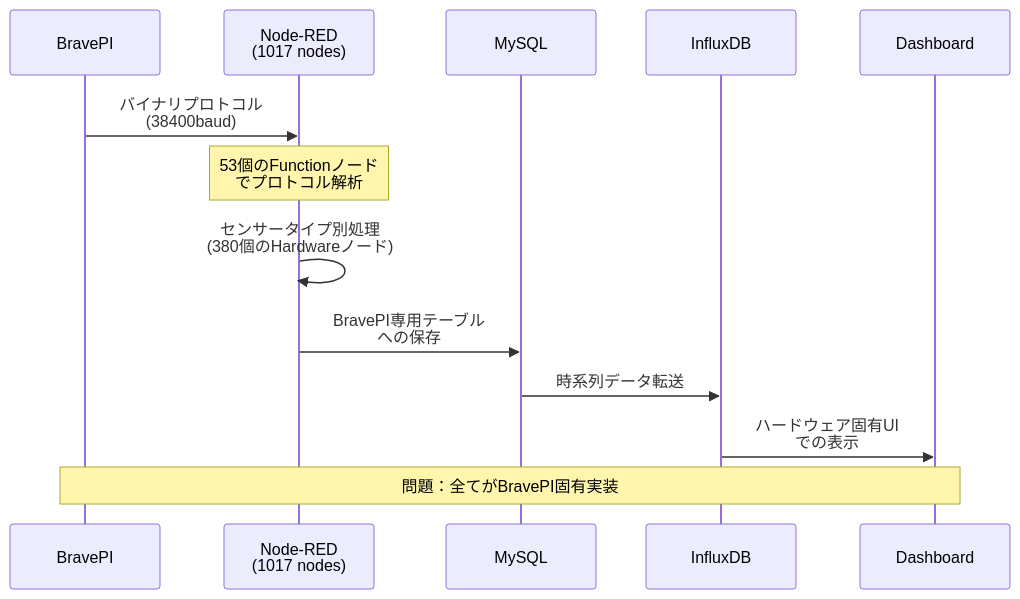
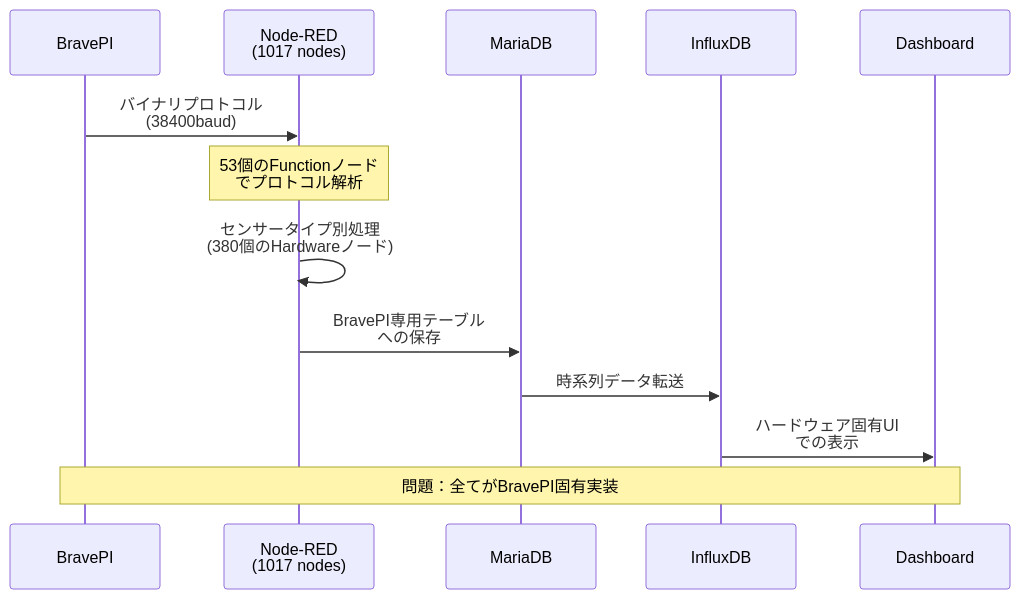
The seventh of 14 diagrams in docs/new-system/architecture/system-overview-diagrams.md (w-pinkietech/iot4-copy), drawn with Mermaid before and after one commit. The commit also changed other lines of this file, not shown here.

First line of the commit message:
docs: Correct database references from MySQL to MariaDB in system diagrams

````diff
--- a/docs/new-system/architecture/system-overview-diagrams.md
+++ b/docs/new-system/architecture/system-overview-diagrams.md
@@ -297,17 +297,17 @@
 ```mermaid
 sequenceDiagram
     participant BravePI
     participant NodeRED as Node-RED<br/>(1017 nodes)
-    participant MySQL
+    participant MariaDB
     participant InfluxDB
     participant Dashboard
     
     BravePI->>NodeRED: バイナリプロトコル<br/>(38400baud)
     Note over NodeRED: 53個のFunctionノード<br/>でプロトコル解析
     NodeRED->>NodeRED: センサータイプ別処理<br/>(380個のHardwareノード)
-    NodeRED->>MySQL: BravePI専用テーブル<br/>への保存
-    MySQL->>InfluxDB: 時系列データ転送
+    NodeRED->>MariaDB: BravePI専用テーブル<br/>への保存
+    MariaDB->>InfluxDB: 時系列データ転送
     InfluxDB->>Dashboard: ハードウェア固有UI<br/>での表示
     
     Note over BravePI,Dashboard: 問題：全てがBravePI固有実装
 ```
````
